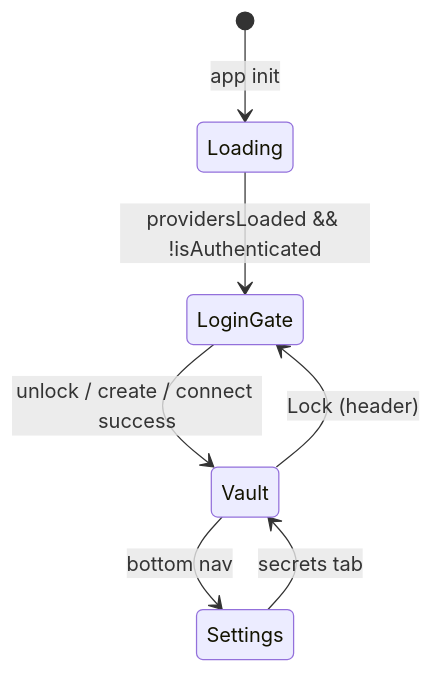
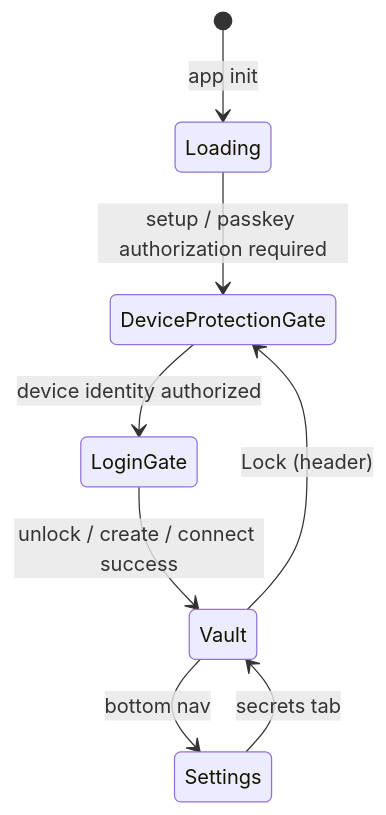
One commit to meta-secret/nook changed the diagram in .cortex/design-docs/auth-providers.md. Above: the diagram before and after it, drawn with Mermaid. The commit also changed other lines of this file and 61 other files, not shown here.

Commit message:
feat(security): protect device keys with passkey PRF

````diff
--- a/.cortex/design-docs/auth-providers.md
+++ b/.cortex/design-docs/auth-providers.md
@@ -67,9 +67,10 @@
 ```mermaid
 stateDiagram-v2
   [*] --> Loading: app init
-  Loading --> LoginGate: providersLoaded && !isAuthenticated
+  Loading --> DeviceProtectionGate: setup / passkey authorization required
+  DeviceProtectionGate --> LoginGate: device identity authorized
   LoginGate --> Vault: unlock / create / connect success
-  Vault --> LoginGate: Lock (header)
+  Vault --> DeviceProtectionGate: Lock (header)
   Vault --> Settings: bottom nav
   Settings --> Vault: secrets tab
 ```
````
